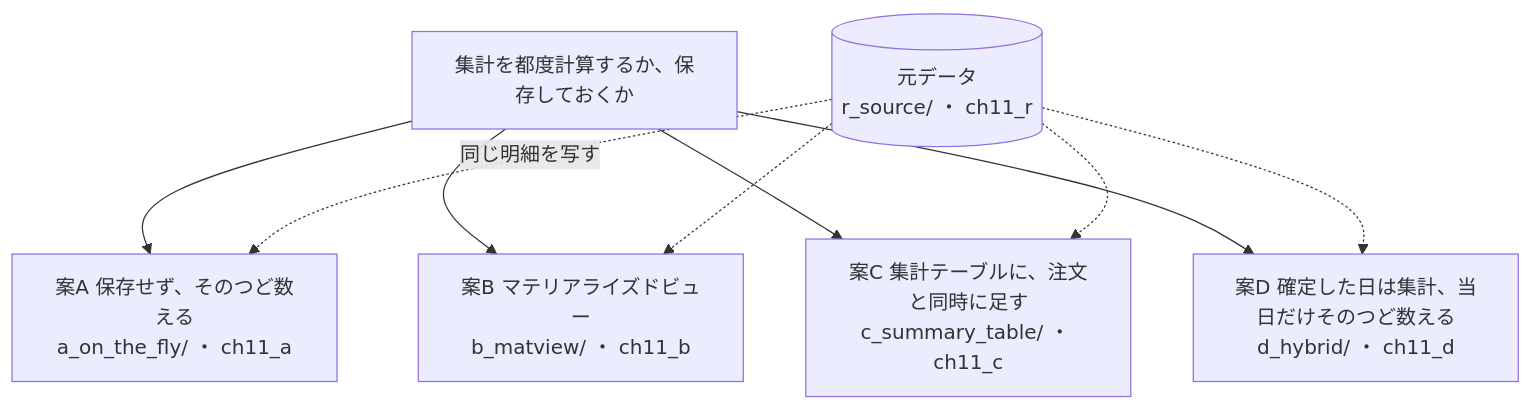
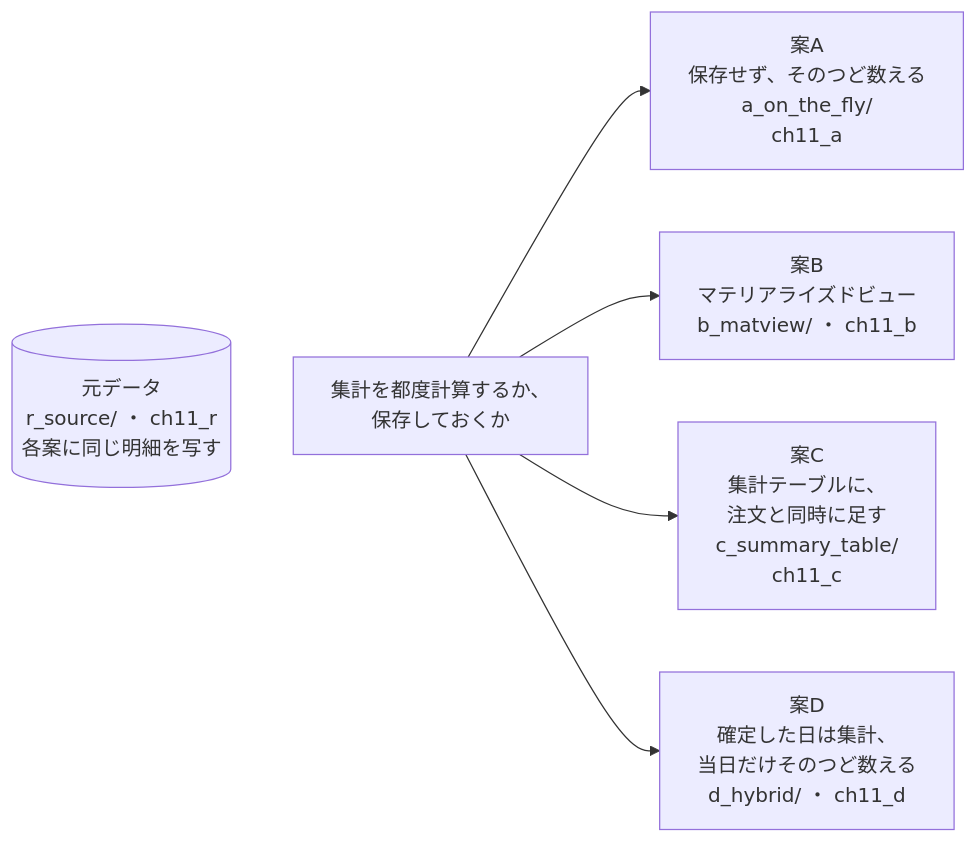
One commit to driftnode986/postgresql-db-design-samples changed the first of 11 diagrams in ch11_sales_dashboard/README.md. Above: the diagram before and after it, drawn with Mermaid. The commit also changed other lines of this file and 15 other files, not shown here.

First line of the commit message:
docs: 設計案の構成図を縦並びにし、幅の広い ER 図を分けて、GitHub で縮まない大きさにする

````diff
--- a/ch11_sales_dashboard/README.md
+++ b/ch11_sales_dashboard/README.md
@@ -16,13 +16,10 @@
 ```mermaid
-flowchart TD
-  Q["集計を都度計算するか、保存しておくか"]
-  R[("元データ<br/>r_source/ ・ ch11_r")]
-  Q --> A["案A 保存せず、そのつど数える<br/>a_on_the_fly/ ・ ch11_a"]
-  Q --> B["案B マテリアライズドビュー<br/>b_matview/ ・ ch11_b"]
-  Q --> C["案C 集計テーブルに、注文と同時に足す<br/>c_summary_table/ ・ ch11_c"]
-  Q --> D["案D 確定した日は集計、当日だけそのつど数える<br/>d_hybrid/ ・ ch11_d"]
-  R -.->|同じ明細を写す| A
-  R -.-> B
-  R -.-> C
-  R -.-> D
+flowchart LR
+  Q["集計を都度計算するか、<br/>保存しておくか"]
+  R[("元データ<br/>r_source/ ・ ch11_r<br/>各案に同じ明細を写す")]
+  Q --> A["案A<br/>保存せず、そのつど数える<br/>a_on_the_fly/<br/>ch11_a"]
+  Q --> B["案B<br/>マテリアライズドビュー<br/>b_matview/ ・ ch11_b"]
+  Q --> C["案C<br/>集計テーブルに、<br/>注文と同時に足す<br/>c_summary_table/<br/>ch11_c"]
+  Q --> D["案D<br/>確定した日は集計、<br/>当日だけそのつど数える<br/>d_hybrid/ ・ ch11_d"]
+  R ~~~ Q
 ```
````
